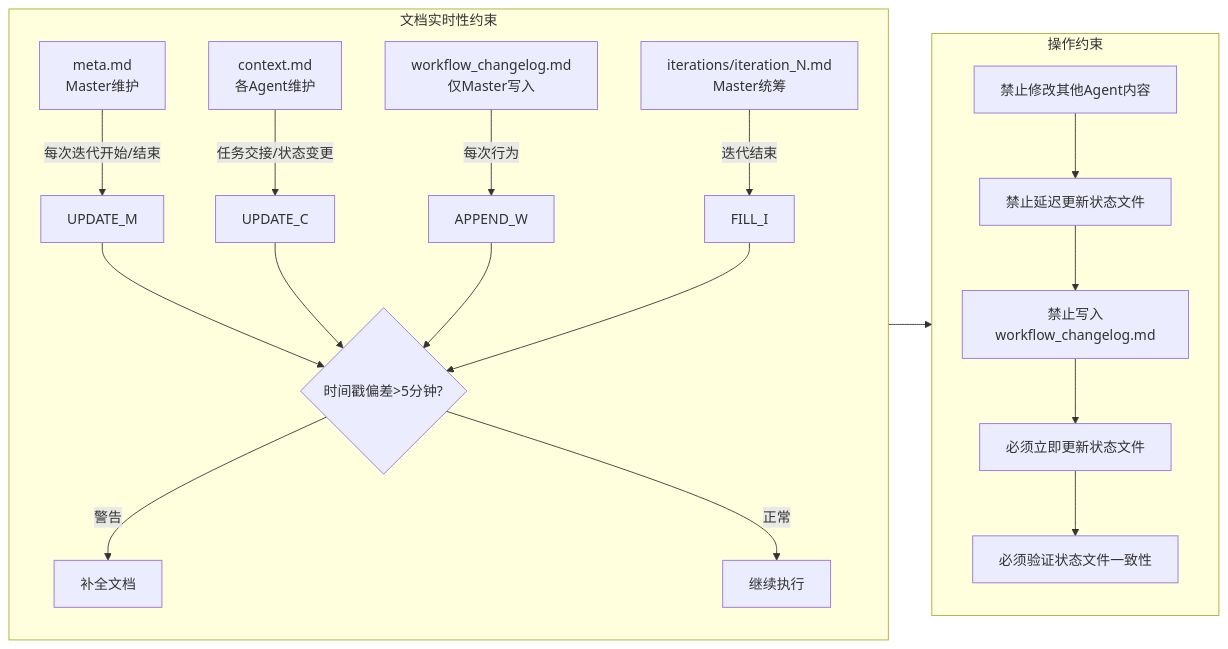
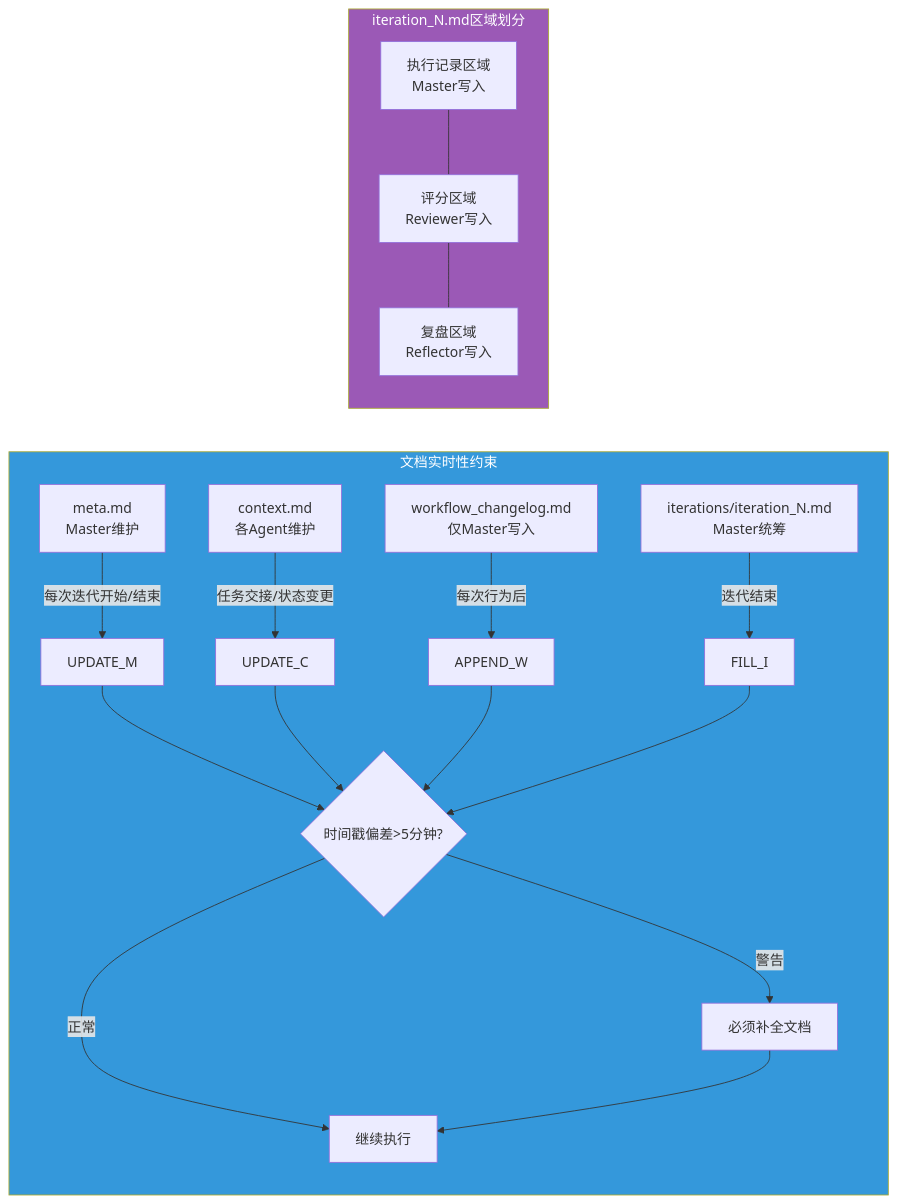
The fourth of 10 diagrams in docs/multi-agent-workflow-diagram.md (Halo94361/opencode_workflow_sync), drawn with Mermaid before and after one commit. The commit also changed other lines of this file and 12 other files, not shown here.

First line of the commit message:
docs: 更新SKILL.md术语表和工作流程图

````diff
--- a/docs/multi-agent-workflow-diagram.md
+++ b/docs/multi-agent-workflow-diagram.md
@@ -90,28 +126,31 @@
 ```mermaid
 flowchart LR
     subgraph Docs[文档实时性约束]
         direction TB
         M[meta.md<br/>Master维护] --> |每次迭代开始/结束| UPDATE_M
         C[context.md<br/>各Agent维护] --> |任务交接/状态变更| UPDATE_C
-        W[workflow_changelog.md<br/>仅Master写入] --> |每次行为| APPEND_W
+        W[workflow_changelog.md<br/>仅Master写入] --> |每次行为后| APPEND_W
         I[iterations/iteration_N.md<br/>Master统筹] --> |迭代结束| FILL_I
         
         UPDATE_M --> CHECK{时间戳偏差>5分钟?}
         UPDATE_C --> CHECK
         APPEND_W --> CHECK
         FILL_I --> CHECK
         
-        CHECK -->|警告| FIX[补全文档]
+        CHECK -->|警告| FIX[必须补全文档]
         CHECK -->|正常| CONTINUE[继续执行]
+        
+        FIX --> CONTINUE
     end
     
-    subgraph Constraints[操作约束]
+    subgraph IterationMd[iteration_N.md区域划分]
         direction TB
-        C1[禁止修改其他Agent内容] --> C2[禁止延迟更新状态文件]
-        C2 --> C3[禁止写入workflow_changelog.md]
-        C3 --> C4[必须立即更新状态文件]
-        C4 --> C5[必须验证状态文件一致性]
+        AREA1[执行记录区域<br/>Master写入]
+        AREA2[评分区域<br/>Reviewer写入]
+        AREA3[复盘区域<br/>Reflector写入]
+        AREA1 --- AREA2 --- AREA3
     end
     
-    Docs --> Constraints
+    style Docs fill:#3498db,color:#fff
+    style IterationMd fill:#9b59b6,color:#fff
 ```
````
